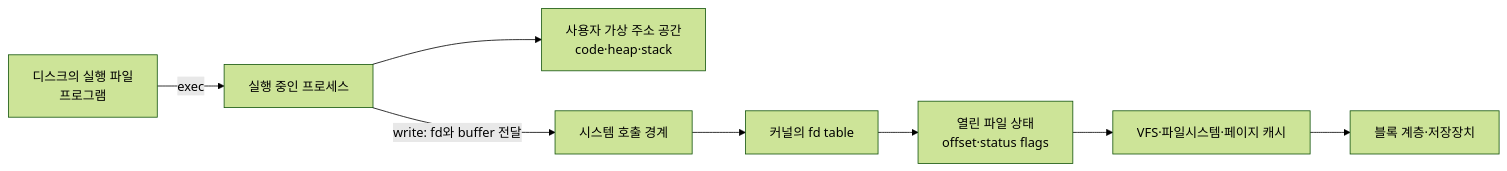
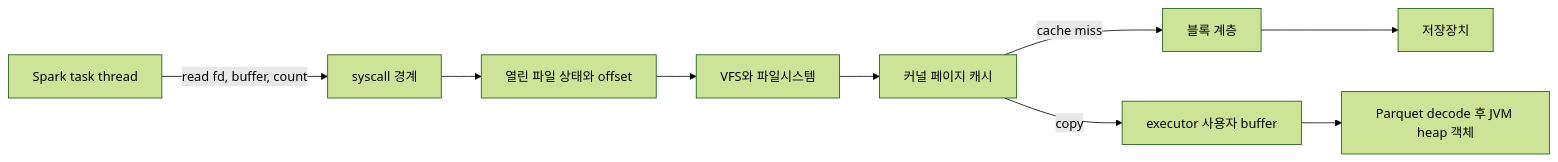
Before and after one commit to mj006648/netai-devsecops-runbook: the second of 2 diagrams in kubernetes/storage/data-systems-foundations/00b-linux-processes-and-memory.md, drawn with Mermaid (forest theme). The commit also changed other lines of this file and 68 other files, not shown here.

````diff
--- a/kubernetes/storage/data-systems-foundations/00b-linux-processes-and-memory.md
+++ b/kubernetes/storage/data-systems-foundations/00b-linux-processes-and-memory.md
@@ -9,10 +73,11 @@
 ```mermaid
 flowchart LR
-    A[디스크의 실행 파일<br/>프로그램] -->|exec| B[실행 중인 프로세스]
-    B --> C[사용자 가상 주소 공간<br/>code·heap·stack]
-    B -->|write: fd와 buffer 전달| D[시스템 호출 경계]
-    D --> E[커널의 fd table]
-    E --> F[열린 파일 상태<br/>offset·status flags]
-    F --> G[VFS·파일시스템·페이지 캐시]
-    G --> H[블록 계층·저장장치]
+    T[Spark task thread] -->|read fd, buffer, count| S[syscall 경계]
+    S --> F[열린 파일 상태와 offset]
+    F --> V[VFS와 파일시스템]
+    V --> C[커널 페이지 캐시]
+    C -->|cache miss| B[블록 계층]
+    B --> D[저장장치]
+    C -->|copy| U[executor 사용자 buffer]
+    U --> H[Parquet decode 후 JVM heap 객체]
 ```
````
